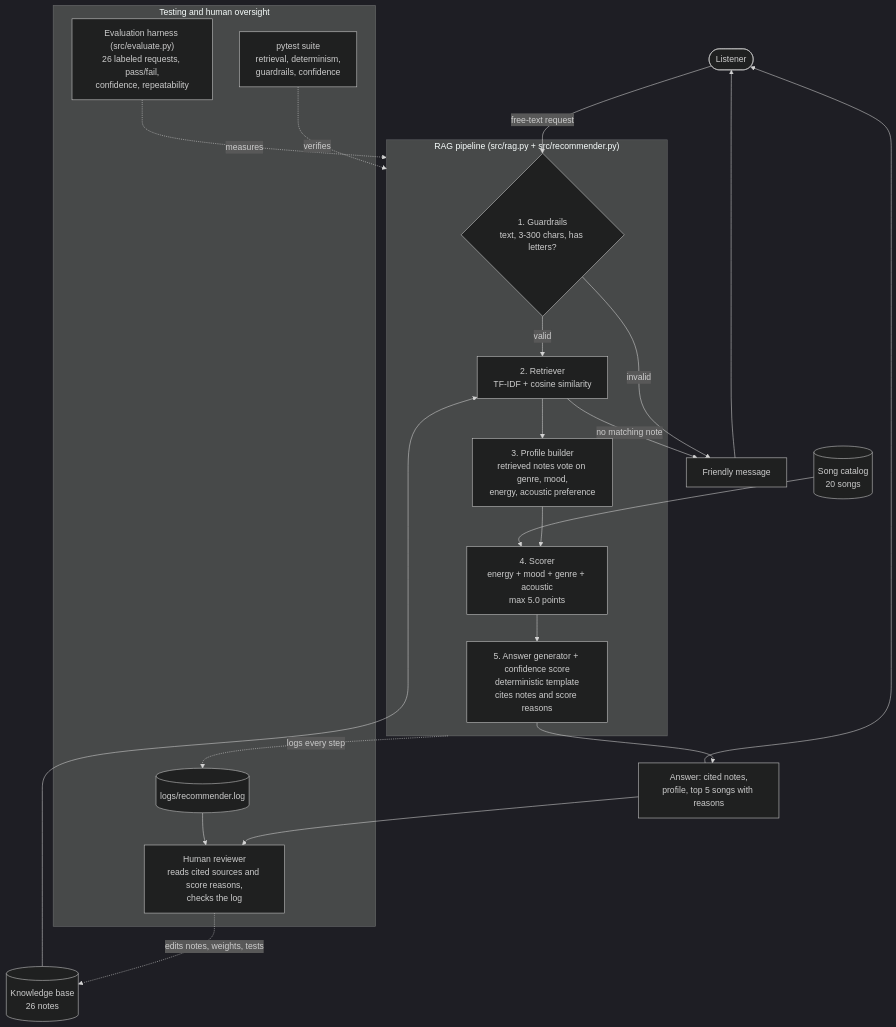
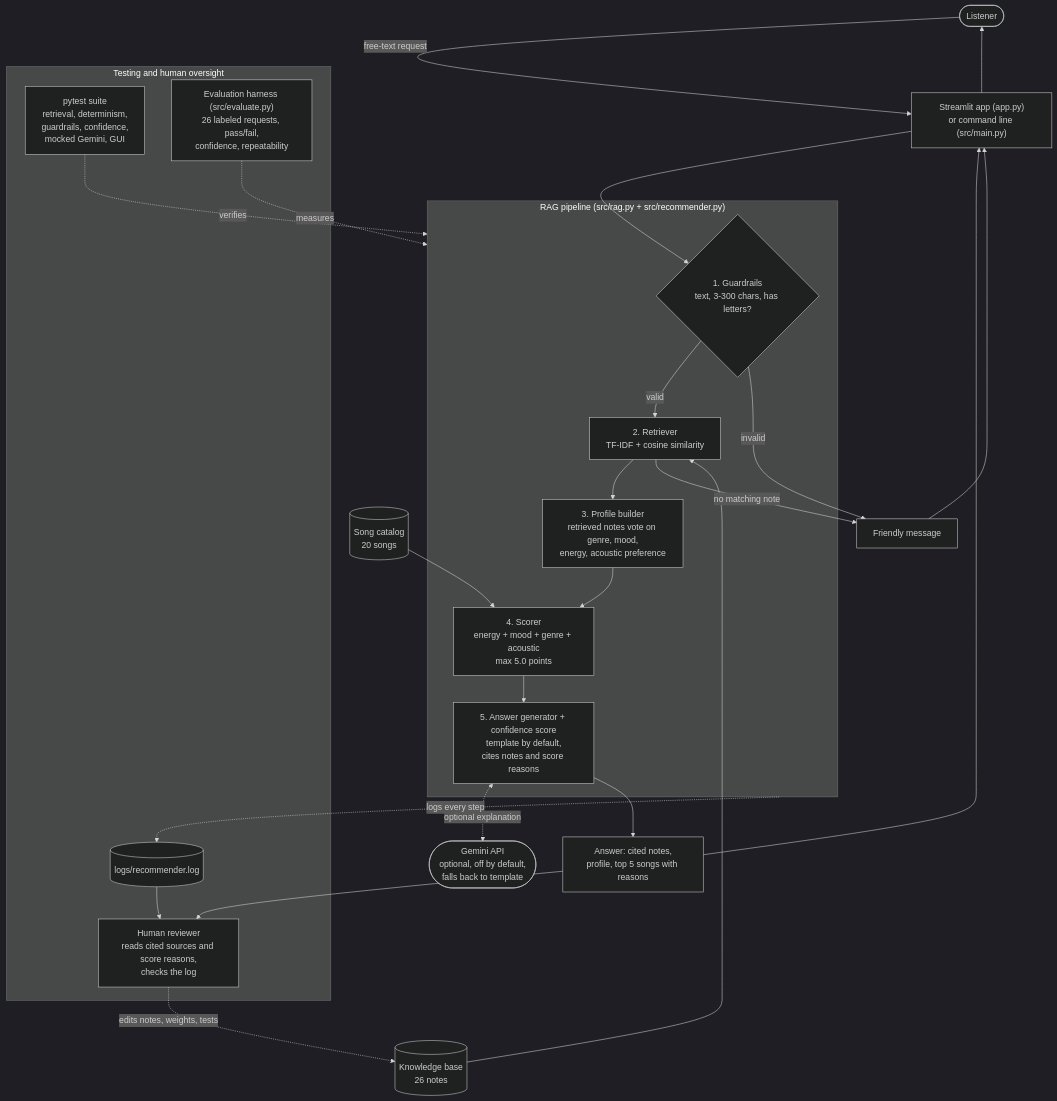
One commit to Shahad-Hossain/applied-ai-system-project changed the diagram in diagrams/architecture.mmd. Above: the diagram before and after it, drawn with Mermaid (dark theme). The commit also changed 11 other files, not shown here.

First line of the commit message:
Add Streamlit app and optional Gemini explanation; update docs and diagram

```diff
--- a/diagrams/architecture.mmd
+++ b/diagrams/architecture.mmd
@@ -1,34 +1,38 @@
 flowchart TD
-    User([Listener]) -->|"free-text request"| Guard
+    User([Listener]) -->|"free-text request"| UI["Streamlit app (app.py)<br/>or command line (src/main.py)"]
+    UI --> Guard
 
     subgraph PIPE["RAG pipeline (src/rag.py + src/recommender.py)"]
         Guard{"1. Guardrails<br/>text, 3-300 chars, has letters?"}
         Retriever["2. Retriever<br/>TF-IDF + cosine similarity"]
         Profile["3. Profile builder<br/>retrieved notes vote on genre, mood,<br/>energy, acoustic preference"]
         Scorer["4. Scorer<br/>energy + mood + genre + acoustic<br/>max 5.0 points"]
-        Generate["5. Answer generator + confidence score<br/>deterministic template<br/>cites notes and score reasons"]
+        Generate["5. Answer generator + confidence score<br/>template by default,<br/>cites notes and score reasons"]
         Guard -->|valid| Retriever --> Profile --> Scorer --> Generate
     end
 
     KB[("Knowledge base<br/>26 notes")] --> Retriever
     Catalog[("Song catalog<br/>20 songs")] --> Scorer
 
     Guard -->|invalid| Msg["Friendly message"]
     Retriever -->|"no matching note"| Msg
-    Msg --> User
+    Msg --> UI
+    Gemini(["Gemini API<br/>optional, off by default,<br/>falls back to template"])
+    Generate <-.->|"optional explanation"| Gemini
     Generate --> Answer["Answer: cited notes,<br/>profile, top 5 songs with reasons"]
-    Answer --> User
+    Answer --> UI
+    UI --> User
 
     subgraph CHECKS["Testing and human oversight"]
-        Tests["pytest suite<br/>retrieval, determinism,<br/>guardrails, confidence"]
+        Tests["pytest suite<br/>retrieval, determinism,<br/>guardrails, confidence,<br/>mocked Gemini, GUI"]
         Eval["Evaluation harness (src/evaluate.py)<br/>26 labeled requests, pass/fail,<br/>confidence, repeatability"]
         Log[("logs/recommender.log")]
         Human["Human reviewer<br/>reads cited sources and score reasons,<br/>checks the log"]
     end
 
     Tests -.->|verifies| PIPE
     Eval -.->|measures| PIPE
     PIPE -.->|"logs every step"| Log
     Answer --> Human
     Log --> Human
     Human -.->|"edits notes, weights, tests"| KB
```
